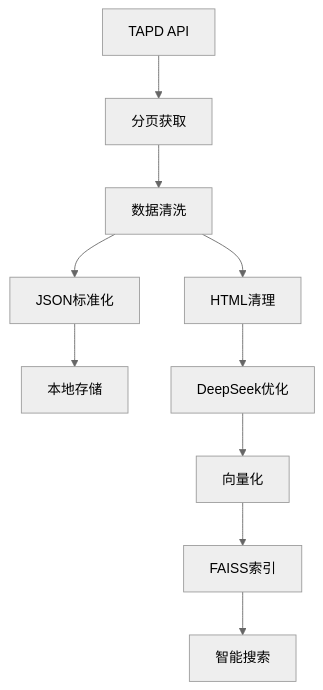
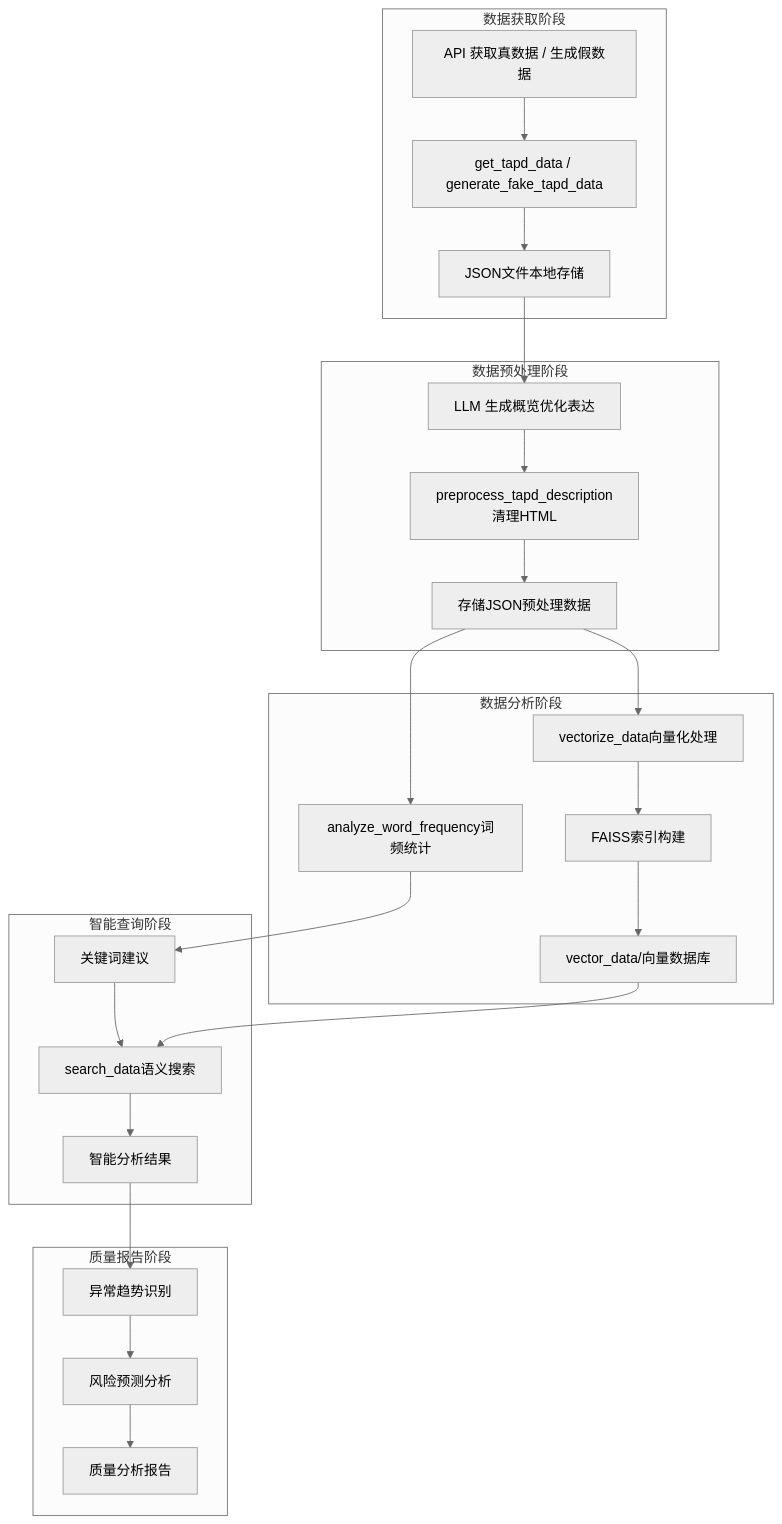
One commit to OneCuriousLearner/MCPAgentRE changed the second of 3 diagrams in PRESENTATION/Mini 项目汇报 PPT 大纲.md. Above: the diagram before and after it, drawn with Mermaid (neutral theme). The commit also changed other lines of this file and 2 other files, not shown here.

````diff
--- a/PRESENTATION/Mini 项目汇报 PPT 大纲.md
+++ b/PRESENTATION/Mini 项目汇报 PPT 大纲.md
@@ -176,12 +171,33 @@
 ```mermaid
 graph TB
-  A["TAPD API"] --> B[分页获取]
-  B --> C[数据清洗]
-  C --> D[JSON标准化]
-  D --> E[本地存储]
-  C --> F[HTML清理]
-  F --> G[DeepSeek优化]
-  G --> H[向量化]
-  H --> I[FAISS索引]
-  I --> J[智能搜索]
+  subgraph "数据获取阶段"
+    A[API 获取真数据 / 生成假数据] --> B[get_tapd_data / generate_fake_tapd_data]
+    B --> C[JSON文件本地存储]
+  end
+  
+  subgraph "数据预处理阶段"
+    C --> D[LLM 生成概览优化表达]
+    D --> E[preprocess_tapd_description清理HTML]
+    E --> F[存储JSON预处理数据]
+  end
+  
+  subgraph "数据分析阶段" 
+    F --> G[analyze_word_frequency词频统计]
+    F --> H[vectorize_data向量化处理]
+    H --> I[FAISS索引构建]
+    I --> J[vector_data/向量数据库]
+  end
+  
+  subgraph "智能查询阶段"
+    G --> K[关键词建议]
+    K --> L[search_data语义搜索]
+    J --> L
+    L --> M[智能分析结果]
+  end
+  
+  subgraph "质量报告阶段"
+    M --> N[异常趋势识别]
+    N --> O[风险预测分析] 
+    O --> P[质量分析报告]
+  end
 ```
````
